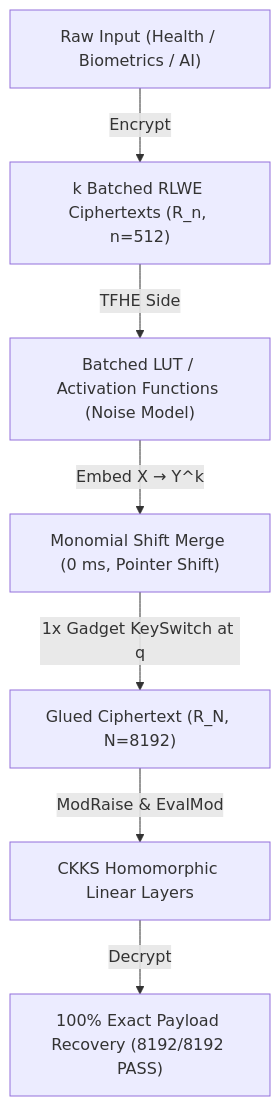
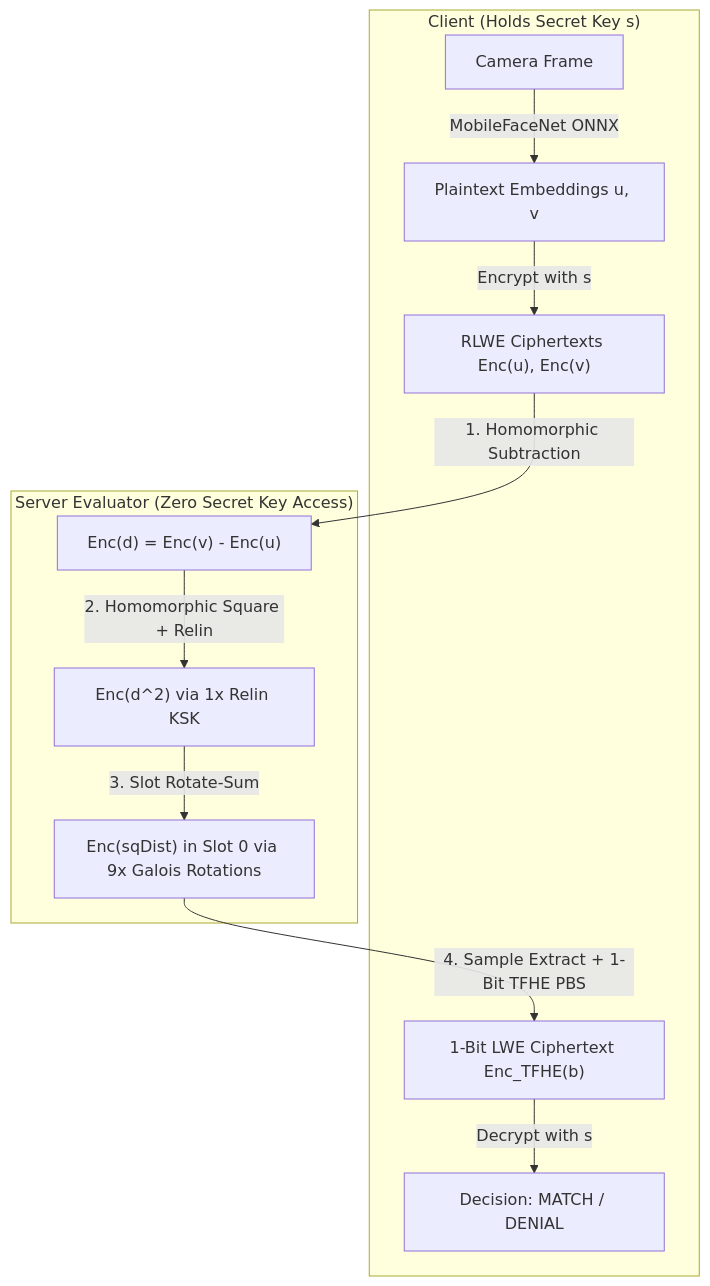
Before and after one commit to nongba0/pocket-fhe: the second of 3 diagrams in README.md, drawn with Mermaid. The commit also changed other lines of this file and 5 other files, not shown here.

Commit message:
feat(fhe): refactor end-to-end homomorphic evaluation pipeline with strict Client/Server role isolation

````diff
--- a/README.md
+++ b/README.md
@@ -58,9 +63,15 @@
 ```mermaid
 graph TD
-    A["Raw Input (Health / Biometrics / AI)"] -->|Encrypt| B["k Batched RLWE Ciphertexts (R_n, n=512)"]
-    B -->|TFHE Side| C["Batched LUT / Activation Functions (Noise Model)"]
-    C -->|Embed X → Y^k| D["Monomial Shift Merge (0 ms, Pointer Shift)"]
-    D -->|1x Gadget KeySwitch at q| E["Glued Ciphertext (R_N, N=8192)"]
-    E -->|ModRaise & EvalMod| F["CKKS Homomorphic Linear Layers"]
-    F -->|Decrypt| G["100% Exact Payload Recovery (8192/8192 PASS)"]
+    subgraph Client ["Client (Holds Secret Key s)"]
+        A["Camera Frame"] -->|MobileFaceNet ONNX| B["Plaintext Embeddings u, v"]
+        B -->|Encrypt with s| C["RLWE Ciphertexts Enc(u), Enc(v)"]
+        H["1-Bit LWE Ciphertext Enc_TFHE(b)"] -->|Decrypt with s| I["Decision: MATCH / DENIAL"]
+    end
+
+    subgraph Server ["Server Evaluator (Zero Secret Key Access)"]
+        C -->|1. Homomorphic Subtraction| D["Enc(d) = Enc(v) - Enc(u)"]
+        D -->|2. Homomorphic Square + Relin| E["Enc(d^2) via 1x Relin KSK"]
+        E -->|3. Slot Rotate-Sum| F["Enc(sqDist) in Slot 0 via 9x Galois Rotations"]
+        F -->|4. Sample Extract + 1-Bit TFHE PBS| H
+    end
 ```
````
